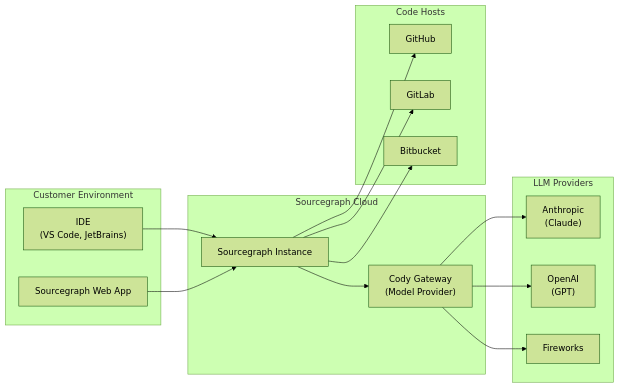
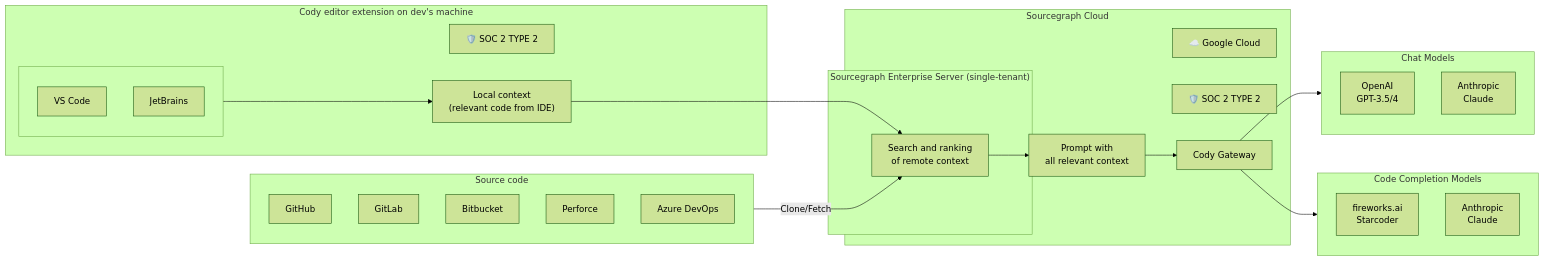
Before and after one commit to sourcegraph/docs: the second of 4 diagrams in docs/admin/architecture.mdx, drawn with Mermaid (forest theme). The commit also changed other lines of this file, not shown here.

````diff
--- a/docs/admin/architecture.mdx
+++ b/docs/admin/architecture.mdx
@@ -302,34 +321,47 @@
 ```mermaid
 flowchart LR
-    subgraph CustomerEnv["Customer Environment"]
-        IDE["IDE<br/>(VS Code, JetBrains)"]
-        WebApp["Sourcegraph Web App"]
+    subgraph DevMachine["Cody editor extension on dev's machine"]
+        SOC2Dev["🛡️ SOC 2 TYPE 2"]
+        LocalCtx["Local context<br/>(relevant code from IDE)"]
+        subgraph IDEs[" "]
+            VSCode["VS Code"]
+            JetBrains["JetBrains"]
+        end
     end
 
     subgraph SourcegraphCloud["Sourcegraph Cloud"]
-        SG["Sourcegraph Instance"]
-        Gateway["Cody Gateway<br/>(Model Provider)"]
+        GCP["☁️ Google Cloud"]
+        SOC2Cloud["🛡️ SOC 2 TYPE 2"]
+        subgraph SG["Sourcegraph Enterprise Server (single-tenant)"]
+            SearchRank["Search and ranking<br/>of remote context"]
+        end
+        Prompt["Prompt with<br/>all relevant context"]
+        Gateway["Cody Gateway"]
     end
 
-    subgraph LLMProviders["LLM Providers"]
-        Anthropic["Anthropic<br/>(Claude)"]
-        OpenAI["OpenAI<br/>(GPT)"]
-        Fireworks["Fireworks"]
-    end
-
-    subgraph CodeHosts["Code Hosts"]
+    subgraph CodeHosts["Source code"]
         GitHub["GitHub"]
         GitLab["GitLab"]
         Bitbucket["Bitbucket"]
+        Perforce["Perforce"]
+        Azure["Azure DevOps"]
     end
 
-    IDE --> SG
-    WebApp --> SG
-    SG --> Gateway
-    Gateway --> Anthropic
-    Gateway --> OpenAI
-    Gateway --> Fireworks
-    SG --> GitHub
-    SG --> GitLab
-    SG --> Bitbucket
+    subgraph ChatModels["Chat Models"]
+        OpenAI["OpenAI<br/>GPT-3.5/4"]
+        Claude["Anthropic<br/>Claude"]
+    end
+
+    subgraph CompletionModels["Code Completion Models"]
+        Starcoder["fireworks.ai<br/>Starcoder"]
+        ClaudeComp["Anthropic<br/>Claude"]
+    end
+
+    IDEs --> LocalCtx
+    LocalCtx --> SearchRank
+    CodeHosts -->|Clone/Fetch| SearchRank
+    SearchRank --> Prompt
+    Prompt --> Gateway
+    Gateway --> ChatModels
+    Gateway --> CompletionModels
 ```
````
